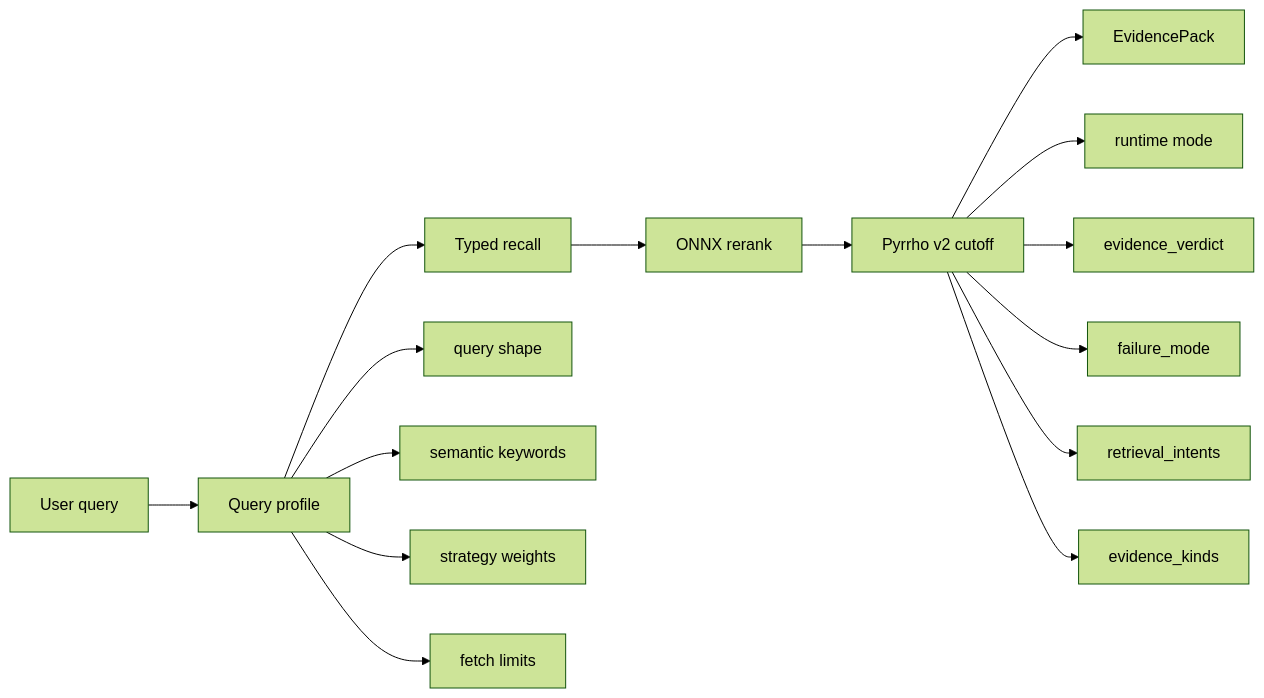
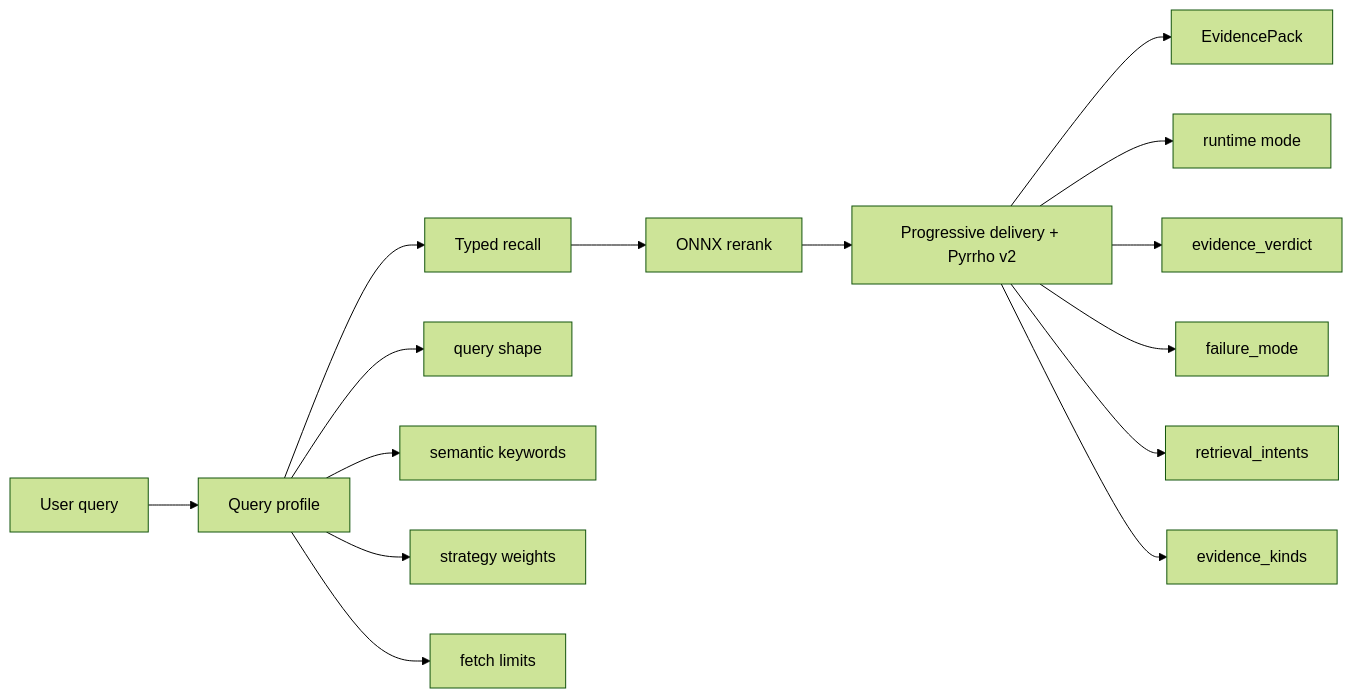
Before and after one commit to yafitzdev/fitz: the diagram in docs/features/retrieval/evidence-signals.md, drawn with Mermaid (forest theme). The commit also changed other lines of this file and 446 other files, not shown here.

````diff
--- a/docs/features/retrieval/evidence-signals.md
+++ b/docs/features/retrieval/evidence-signals.md
@@ -19,19 +19,19 @@
 ```mermaid
 flowchart LR
     Q["User query"] --> P["Query profile"]
     P --> R["Typed recall"]
     R --> K["ONNX rerank"]
-    K --> C["Pyrrho v2 cutoff"]
+    K --> C["Progressive delivery + Pyrrho v2"]
     C --> E["EvidencePack"]
 
     P --> P1["query shape"]
     P --> P2["semantic keywords"]
     P --> P3["strategy weights"]
     P --> P4["fetch limits"]
 
     C --> C1["runtime mode"]
     C --> C2["evidence_verdict"]
     C --> C3["failure_mode"]
     C --> C4["retrieval_intents"]
     C --> C5["evidence_kinds"]
 ```
````
